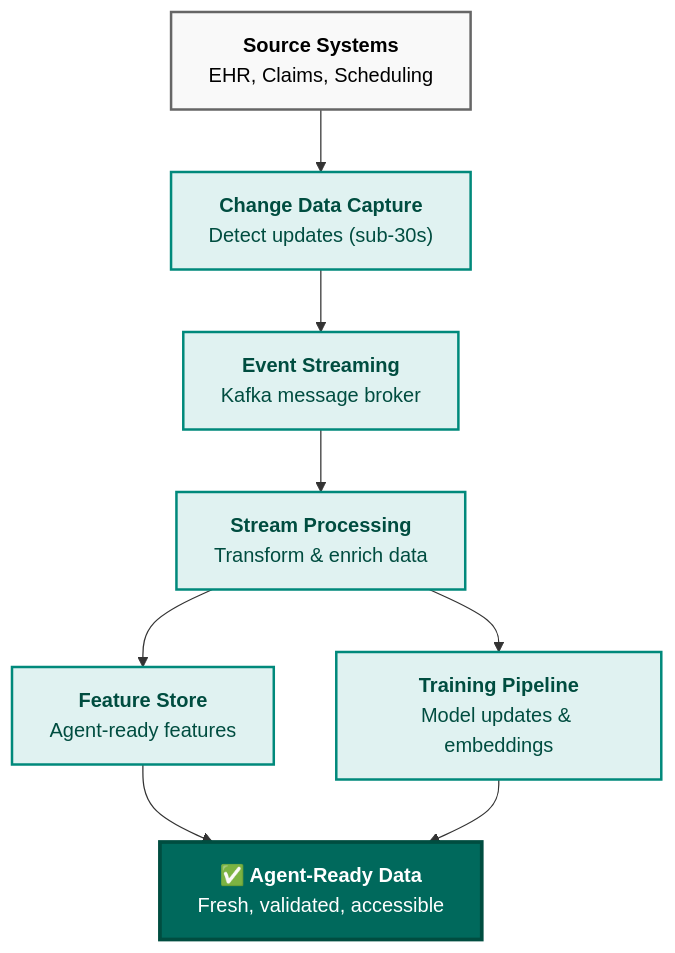
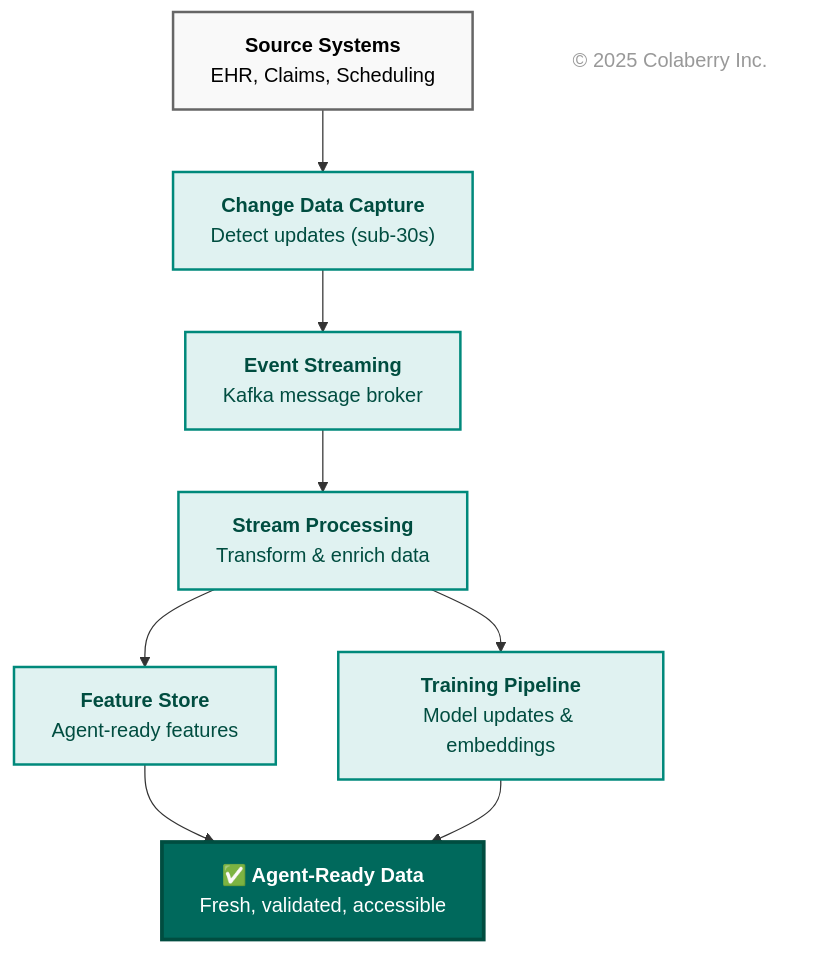
One commit to colaberry/enterprise-data-readiness-ai-agents changed the fifth of 16 diagrams in chapter-01/chapter_1_complete.md. Above: the diagram before and after it, drawn with Mermaid. The commit also changed other lines of this file, not shown here.

````diff
--- a/chapter-01/chapter_1_complete.md
+++ b/chapter-01/chapter_1_complete.md
@@ -637,32 +656,37 @@
 ```mermaid
 graph TB
     S["<b>Source Systems</b><br/>EHR, Claims, Scheduling"]
     
     CDC["<b>Change Data Capture</b><br/>Detect updates (sub-30s)"]
     
     STREAM["<b>Event Streaming</b><br/>Kafka message broker"]
     
     PROC["<b>Stream Processing</b><br/>Transform & enrich data"]
     
     FS["<b>Feature Store</b><br/>Agent-ready features"]
     
     TRAIN["<b>Training Pipeline</b><br/>Model updates & embeddings"]
     
     READY["<b>✅ Agent-Ready Data</b><br/>Fresh, validated, accessible"]
     
     S --> CDC
     CDC --> STREAM
     STREAM --> PROC
     PROC --> FS
     PROC --> TRAIN
     FS --> READY
     TRAIN --> READY
     
     style S fill:#f9f9f9,stroke:#666666,stroke-width:2px,color:#000000
     style CDC fill:#e0f2f1,stroke:#00897b,stroke-width:2px,color:#004d40
     style STREAM fill:#e0f2f1,stroke:#00897b,stroke-width:2px,color:#004d40
     style PROC fill:#e0f2f1,stroke:#00897b,stroke-width:2px,color:#004d40
     style FS fill:#e0f2f1,stroke:#00897b,stroke-width:2px,color:#004d40
     style TRAIN fill:#e0f2f1,stroke:#00897b,stroke-width:2px,color:#004d40
+
+    %% Copyright Notice
+    CR["© 2025 Colaberry Inc."]
+
     style READY fill:#00695c,color:#ffffff,stroke:#004d40,stroke-width:3px
+    style CR fill:none,stroke:none,color:#999999
 ```
````
